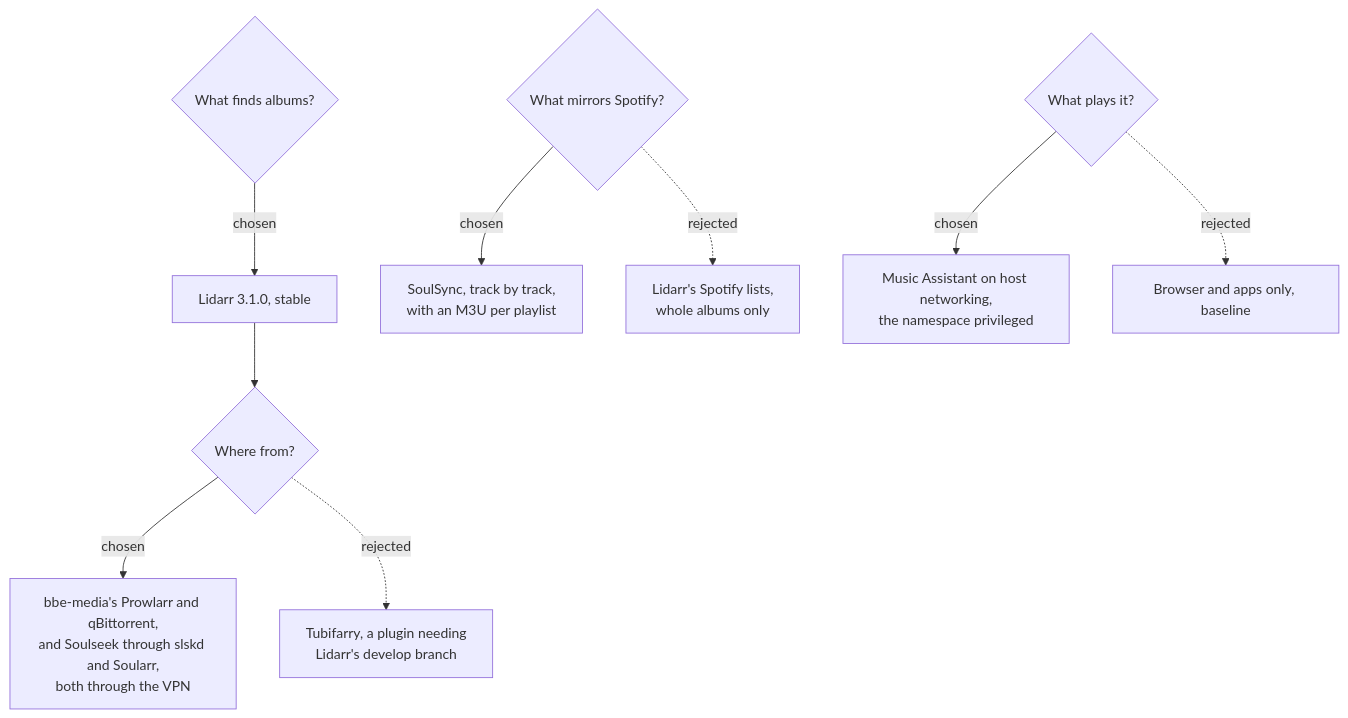
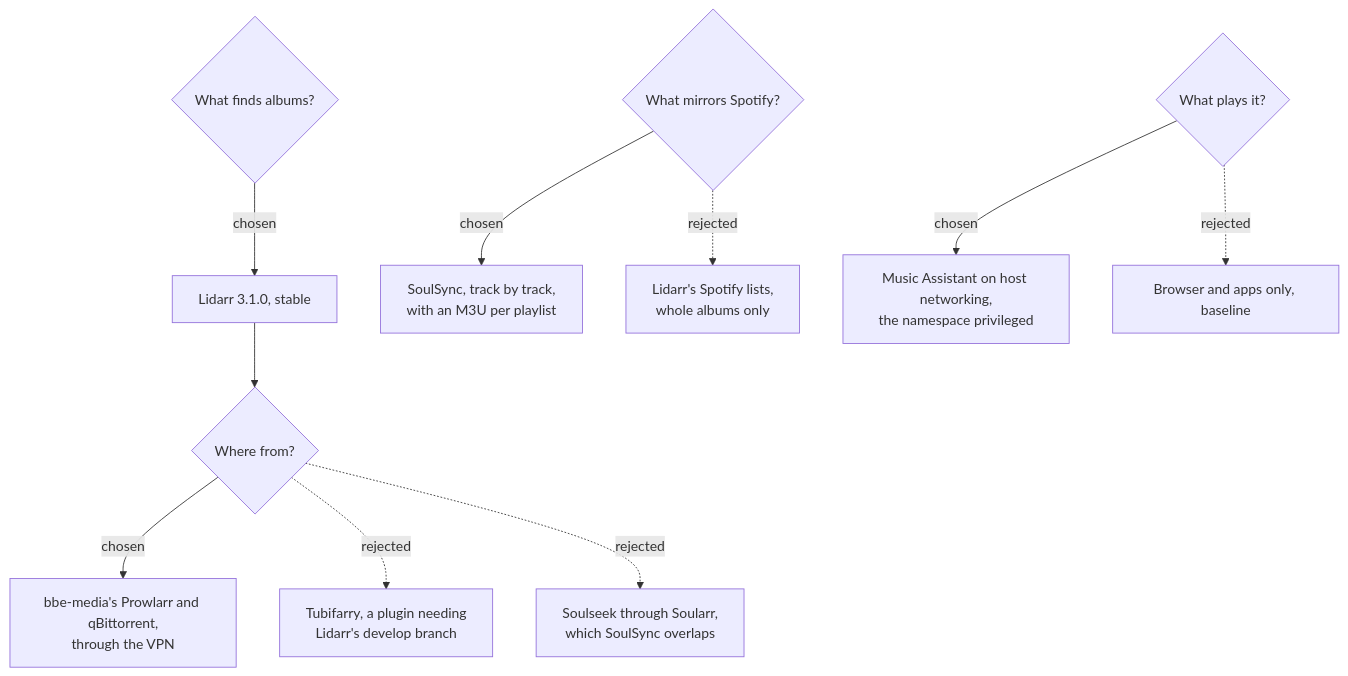
The diagram in docs/decisions/0005-music.md (Brains-Beyond-Expectations/bbe-charts), drawn with Mermaid before and after one commit. The commit also changed other lines of this file and 8 other files, not shown here.

First line of the commit message:
feat(bbe-music): import slskd's downloads with SoulSync, and drop Soularr

````diff
--- a/docs/decisions/0005-music.md
+++ b/docs/decisions/0005-music.md
@@ -22,13 +22,14 @@
 ```mermaid
 flowchart TD
     Q1{What finds albums?} -->|chosen| A1[Lidarr 3.1.0, stable]
     A1 --> Q2{Where from?}
-    Q2 -->|chosen| A2[bbe-media's Prowlarr and qBittorrent,<br/>and Soulseek through slskd and Soularr,<br/>both through the VPN]
+    Q2 -->|chosen| A2[bbe-media's Prowlarr and qBittorrent,<br/>through the VPN]
     Q2 -.->|rejected| B2[Tubifarry, a plugin needing<br/>Lidarr's develop branch]
+    Q2 -.->|rejected| C2[Soulseek through Soularr,<br/>which SoulSync overlaps]
 
     Q3{What mirrors Spotify?} -->|chosen| A3[SoulSync, track by track,<br/>with an M3U per playlist]
     Q3 -.->|rejected| B3[Lidarr's Spotify lists,<br/>whole albums only]
 
     Q4{What plays it?} -->|chosen| A4[Music Assistant on host networking,<br/>the namespace privileged]
     Q4 -.->|rejected| B4[Browser and apps only, baseline]
 ```
````
